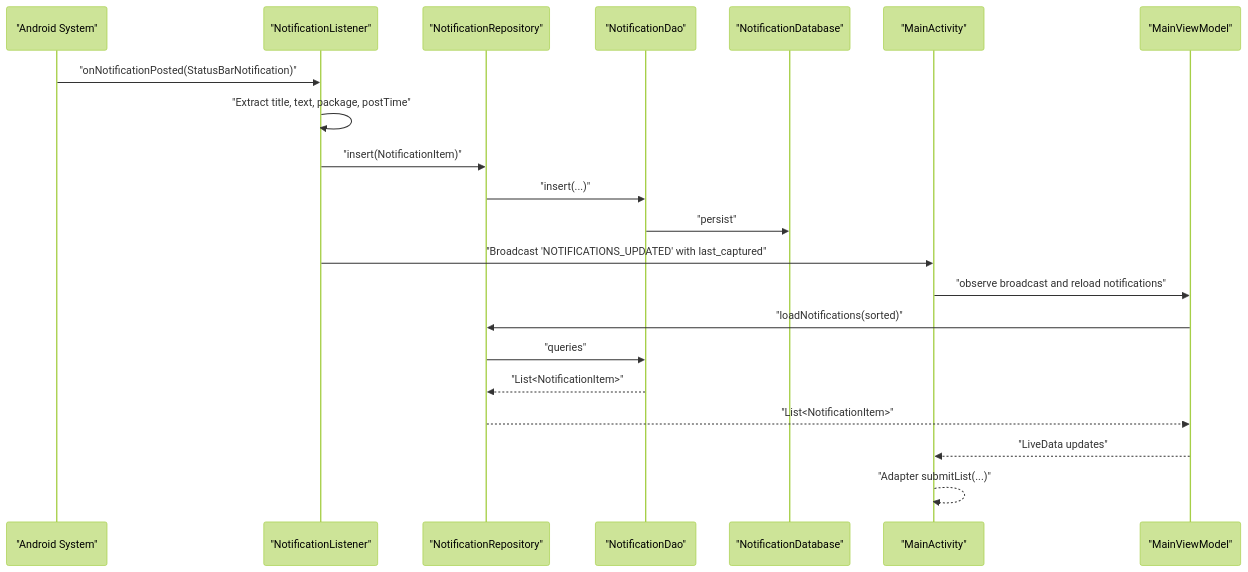
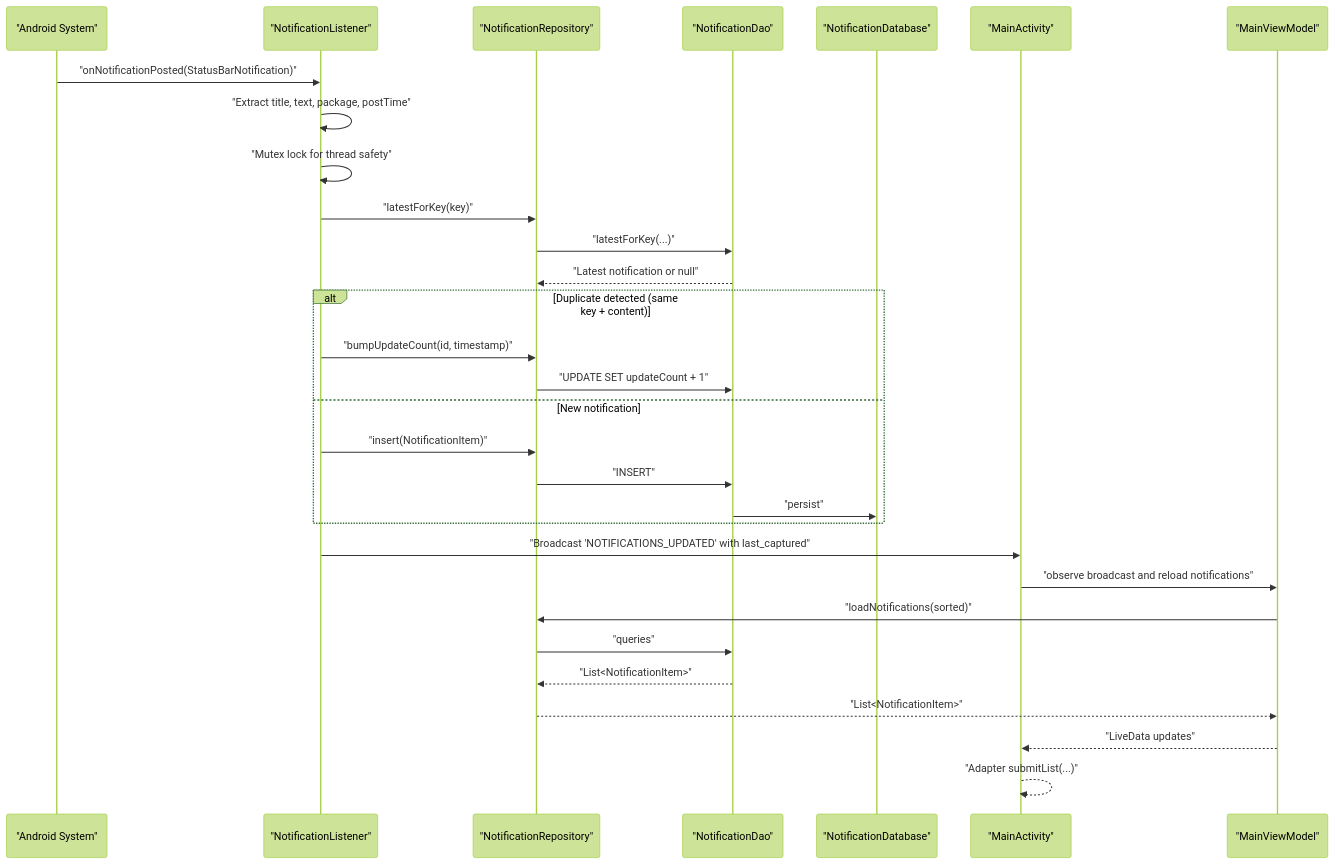
Before and after one commit to caldefoc/NotificationLog: the second of 9 diagrams in .qoder/repowiki/en/content/Core Features/Real-time Notification Capture.md, drawn with Mermaid (forest theme). The commit also changed other lines of this file and 13 other files, not shown here.

````diff
--- a/.qoder/repowiki/en/content/Core Features/Real-time Notification Capture.md
+++ b/.qoder/repowiki/en/content/Core Features/Real-time Notification Capture.md
@@ -104,23 +112,32 @@
 ```mermaid
 sequenceDiagram
 participant Sys as "Android System"
 participant NL as "NotificationListener"
 participant Repo as "NotificationRepository"
 participant DAO as "NotificationDao"
 participant DB as "NotificationDatabase"
 participant MA as "MainActivity"
 participant VM as "MainViewModel"
 Sys->>NL : "onNotificationPosted(StatusBarNotification)"
 NL->>NL : "Extract title, text, package, postTime"
+NL->>NL : "Mutex lock for thread safety"
+NL->>Repo : "latestForKey(key)"
+Repo->>DAO : "latestForKey(...)"
+DAO-->>Repo : "Latest notification or null"
+alt Duplicate detected (same key + content)
+NL->>Repo : "bumpUpdateCount(id, timestamp)"
+Repo->>DAO : "UPDATE SET updateCount + 1"
+else New notification
 NL->>Repo : "insert(NotificationItem)"
-Repo->>DAO : "insert(...)"
+Repo->>DAO : "INSERT"
 DAO->>DB : "persist"
+end
 NL->>MA : "Broadcast 'NOTIFICATIONS_UPDATED' with last_captured"
 MA->>VM : "observe broadcast and reload notifications"
 VM->>Repo : "loadNotifications(sorted)"
 Repo->>DAO : "queries"
 DAO-->>Repo : "List<NotificationItem>"
 Repo-->>VM : "List<NotificationItem>"
 VM-->>MA : "LiveData updates"
 MA-->>MA : "Adapter submitList(...)"
 ```
````
